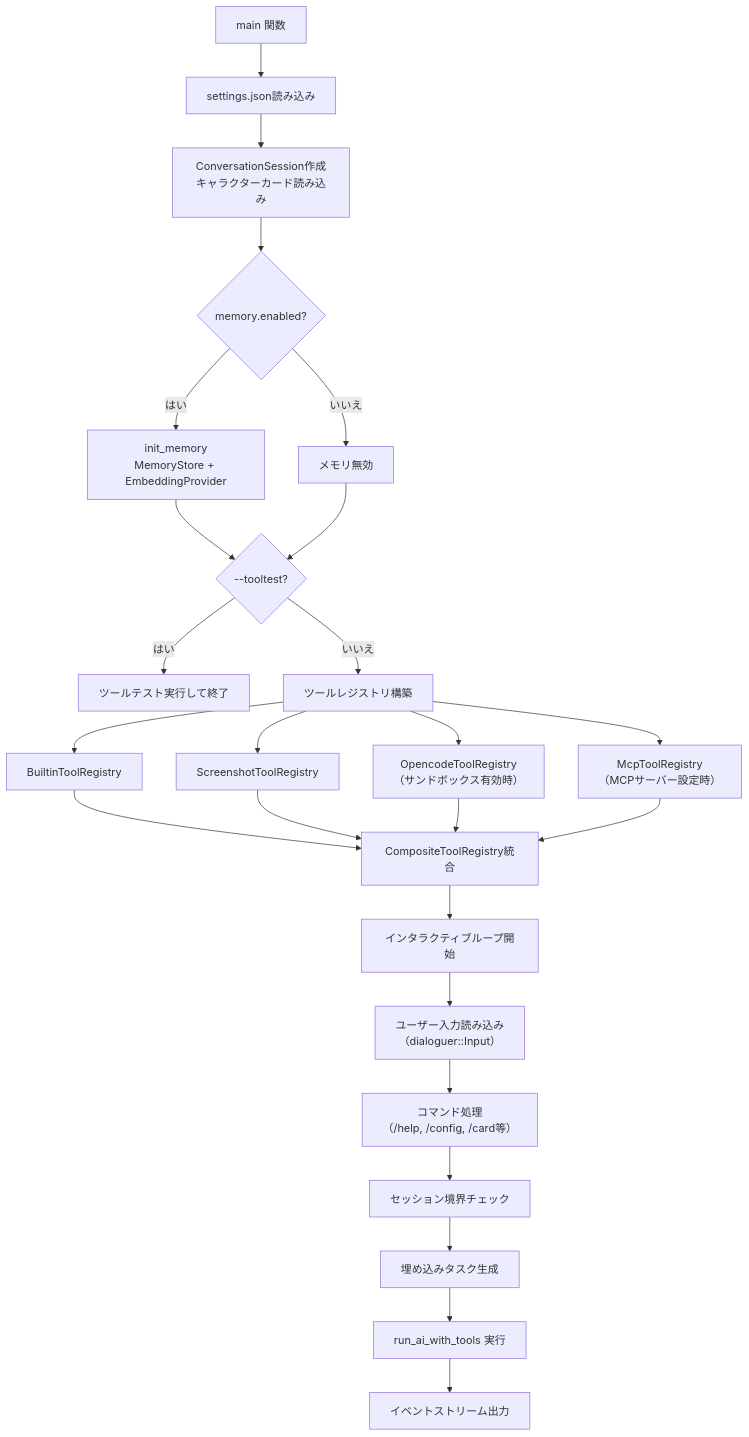
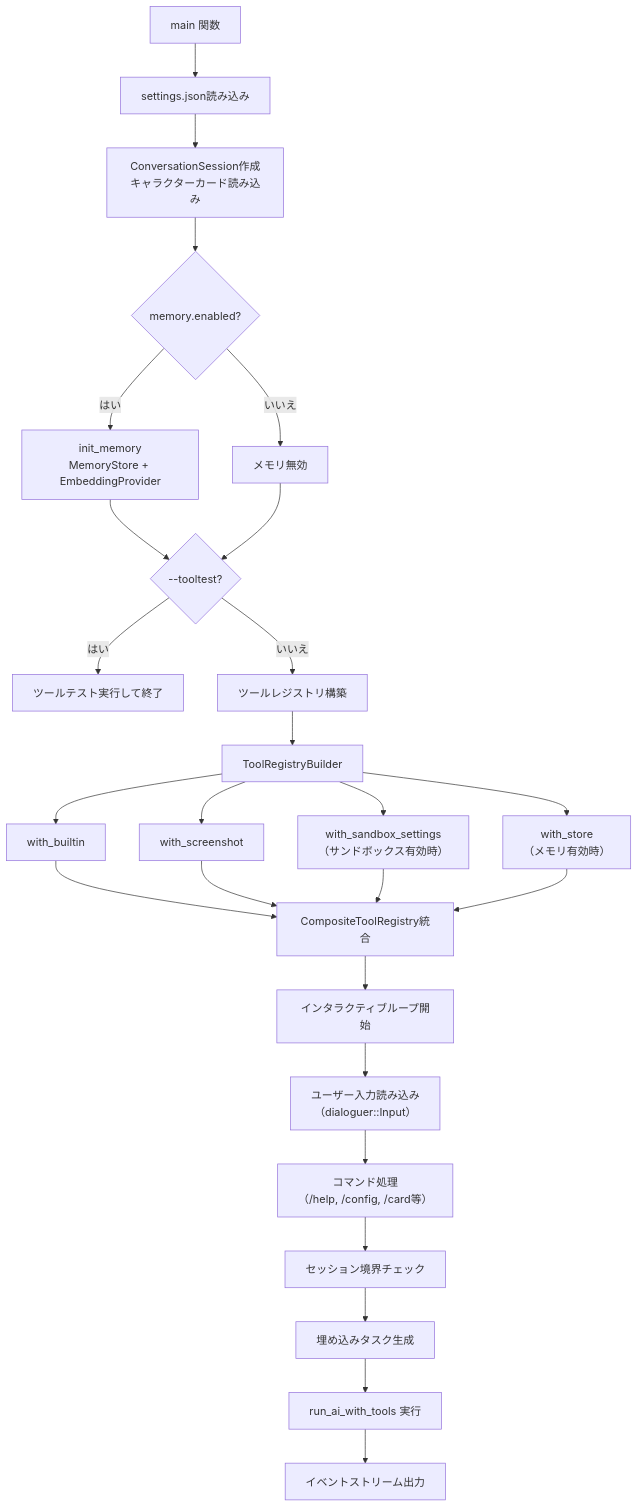
Diagram 13 of 13 in docs/ai-core-flow.md (pexisgle/ene), drawn with Mermaid before and after one commit. The commit also changed other lines of this file and 29 other files, not shown here.

````diff
--- a/docs/ai-core-flow.md
+++ b/docs/ai-core-flow.md
@@ -487,27 +565,28 @@
 ```mermaid
 flowchart TD
     A[main 関数] --> B[settings.json読み込み]
     B --> C[ConversationSession作成<br/>キャラクターカード読み込み]
     C --> D{memory.enabled?}
     D -->|はい| E[init_memory<br/>MemoryStore + EmbeddingProvider]
     D -->|いいえ| F[メモリ無効]
     E --> G{--tooltest?}
     F --> G
     G -->|はい| H[ツールテスト実行して終了]
     G -->|いいえ| I[ツールレジストリ構築]
-    I --> J[BuiltinToolRegistry]
-    I --> K[ScreenshotToolRegistry]
-    I --> L[OpencodeToolRegistry<br/>（サンドボックス有効時）]
-    I --> M[McpToolRegistry<br/>（MCPサーバー設定時）]
-    J --> N[CompositeToolRegistry統合]
-    K --> N
-    L --> N
-    M --> N
-    N --> O[インタラクティブループ開始]
-    O --> P[ユーザー入力読み込み<br/>（dialoguer::Input）]
-    P --> Q[コマンド処理<br/>（/help, /config, /card等）]
-    Q --> R[セッション境界チェック]
-    R --> S[埋め込みタスク生成]
-    S --> T[run_ai_with_tools 実行]
-    T --> U[イベントストリーム出力]
+    I --> J[ToolRegistryBuilder]
+    J --> K[with_builtin]
+    J --> L[with_screenshot]
+    J --> M[with_sandbox_settings<br/>（サンドボックス有効時）]
+    J --> N[with_store<br/>（メモリ有効時）]
+    K --> O[CompositeToolRegistry統合]
+    L --> O
+    M --> O
+    N --> O
+    O --> P[インタラクティブループ開始]
+    P --> Q[ユーザー入力読み込み<br/>（dialoguer::Input）]
+    Q --> R[コマンド処理<br/>（/help, /config, /card等）]
+    R --> S[セッション境界チェック]
+    S --> T[埋め込みタスク生成]
+    T --> U[run_ai_with_tools 実行]
+    U --> V[イベントストリーム出力]
 ```
````
